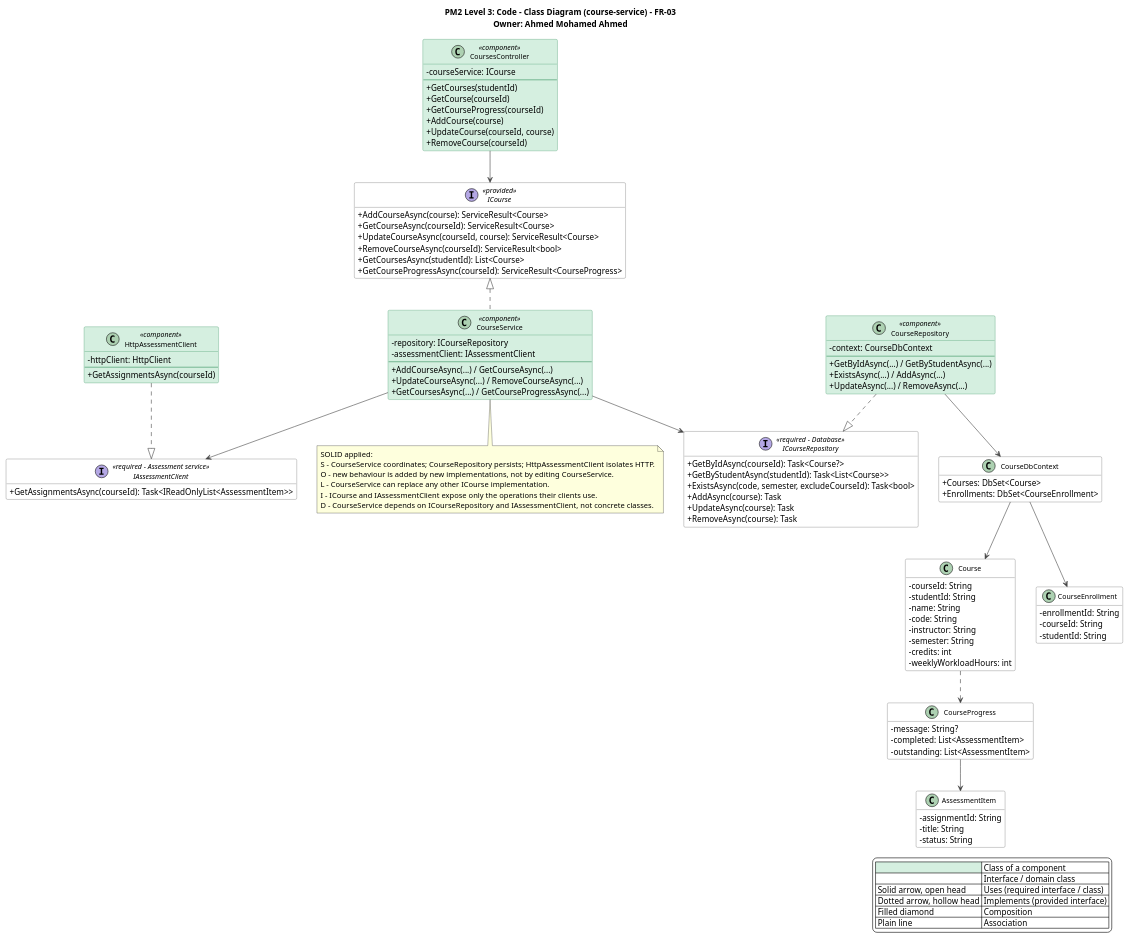
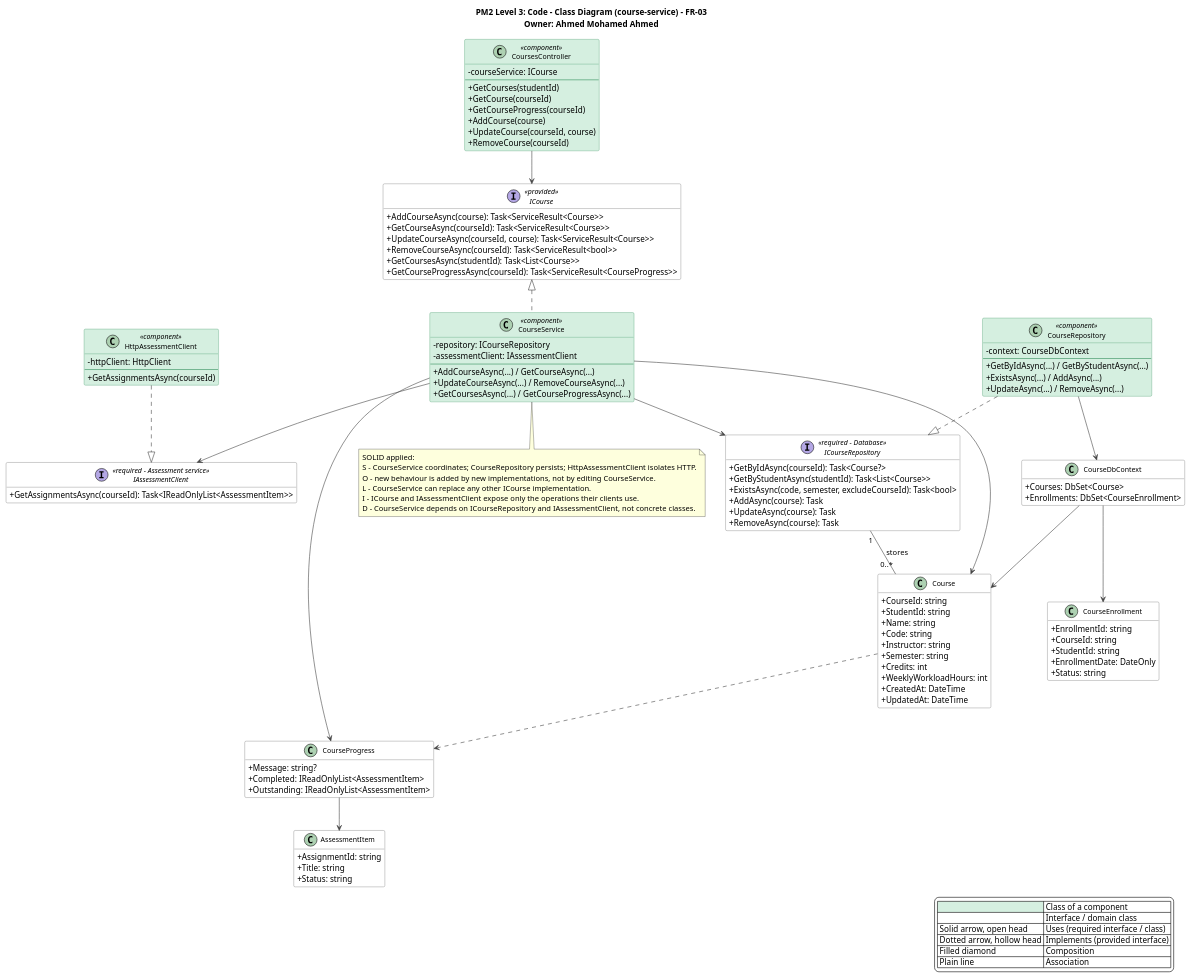
Before and after one commit to AIU-SoftWave/Aspirra: the diagram in docs/PM2/Part A — Design/Class Diagram/03-course-service.puml, drawn with PlantUML. The commit also changed 16 other files, not shown here.

Commit message:
Update PM2-01 class diagrams, message-link table, and report embeds (SCRUM-175, #54)

```diff
--- a/docs/PM2/Part A — Design/Class Diagram/03-course-service.puml
+++ b/docs/PM2/Part A — Design/Class Diagram/03-course-service.puml
@@ -1,139 +1,146 @@
 @startuml 03-course-service
 title PM2 Level 3: Code - Class Diagram (course-service) - FR-03\nOwner: Ahmed Mohamed Ahmed
 top to bottom direction
 skinparam shadowing false
 skinparam defaultFontName Segoe UI
 skinparam backgroundColor #FFFFFF
 skinparam classAttributeIconSize 0
 skinparam classFontSize 12
 skinparam nodesep 35
 skinparam ranksep 55
 skinparam ArrowColor #444444
 skinparam class {
   BackgroundColor #FFFFFF
   BorderColor #555555
   BackgroundColor<<component>> #D5EFE0
   BorderColor<<component>> #2E8B57
 }
 skinparam interface {
   BackgroundColor #FFFFFF
   BorderColor #555555
 }
 hide empty members
 
 legend right
   |<#D5EFE0>   | Class of a component |
   |<#FFFFFF>   | Interface / domain class |
   | Solid arrow, open head | Uses (required interface / class) |
   | Dotted arrow, hollow head | Implements (provided interface) |
   | Filled diamond | Composition |
   | Plain line | Association |
 endlegend
 
 interface ICourse <<provided>> {
-  +AddCourseAsync(course): ServiceResult<Course>
-  +GetCourseAsync(courseId): ServiceResult<Course>
-  +UpdateCourseAsync(courseId, course): ServiceResult<Course>
-  +RemoveCourseAsync(courseId): ServiceResult<bool>
-  +GetCoursesAsync(studentId): List<Course>
-  +GetCourseProgressAsync(courseId): ServiceResult<CourseProgress>
+  +AddCourseAsync(course): Task<ServiceResult<Course>>
+  +GetCourseAsync(courseId): Task<ServiceResult<Course>>
+  +UpdateCourseAsync(courseId, course): Task<ServiceResult<Course>>
+  +RemoveCourseAsync(courseId): Task<ServiceResult<bool>>
+  +GetCoursesAsync(studentId): Task<List<Course>>
+  +GetCourseProgressAsync(courseId): Task<ServiceResult<CourseProgress>>
 }
 
 class CoursesController <<component>> {
   -courseService: ICourse
   --
   +GetCourses(studentId)
   +GetCourse(courseId)
   +GetCourseProgress(courseId)
   +AddCourse(course)
   +UpdateCourse(courseId, course)
   +RemoveCourse(courseId)
 }
 
 class CourseService <<component>> {
   -repository: ICourseRepository
   -assessmentClient: IAssessmentClient
   --
   +AddCourseAsync(...) / GetCourseAsync(...)
   +UpdateCourseAsync(...) / RemoveCourseAsync(...)
   +GetCoursesAsync(...) / GetCourseProgressAsync(...)
 }
 
 interface IAssessmentClient <<required - Assessment service>> {
   +GetAssignmentsAsync(courseId): Task<IReadOnlyList<AssessmentItem>>
 }
 
 class HttpAssessmentClient <<component>> {
   -httpClient: HttpClient
   --
   +GetAssignmentsAsync(courseId)
 }
 
 interface ICourseRepository <<required - Database>> {
   +GetByIdAsync(courseId): Task<Course?>
   +GetByStudentAsync(studentId): Task<List<Course>>
   +ExistsAsync(code, semester, excludeCourseId): Task<bool>
   +AddAsync(course): Task
   +UpdateAsync(course): Task
   +RemoveAsync(course): Task
 }
 
 class CourseRepository <<component>> {
   -context: CourseDbContext
   --
   +GetByIdAsync(...) / GetByStudentAsync(...)
   +ExistsAsync(...) / AddAsync(...)
   +UpdateAsync(...) / RemoveAsync(...)
 }
 
 class CourseDbContext {
   +Courses: DbSet<Course>
   +Enrollments: DbSet<CourseEnrollment>
 }
 
 class Course {
-  -courseId: String
-  -studentId: String
-  -name: String
-  -code: String
-  -instructor: String
-  -semester: String
-  -credits: int
-  -weeklyWorkloadHours: int
+  +CourseId: string
+  +StudentId: string
+  +Name: string
+  +Code: string
+  +Instructor: string
+  +Semester: string
+  +Credits: int
+  +WeeklyWorkloadHours: int
+  +CreatedAt: DateTime
+  +UpdatedAt: DateTime
 }
 class CourseEnrollment {
-  -enrollmentId: String
-  -courseId: String
-  -studentId: String
+  +EnrollmentId: string
+  +CourseId: string
+  +StudentId: string
+  +EnrollmentDate: DateOnly
+  +Status: string
 }
 class CourseProgress {
-  -message: String?
-  -completed: List<AssessmentItem>
-  -outstanding: List<AssessmentItem>
+  +Message: string?
+  +Completed: IReadOnlyList<AssessmentItem>
+  +Outstanding: IReadOnlyList<AssessmentItem>
 }
 class AssessmentItem {
-  -assignmentId: String
-  -title: String
-  -status: String
+  +AssignmentId: string
+  +Title: string
+  +Status: string
 }
 
 CoursesController --> ICourse
 ICourse <|.. CourseService
 CourseService --> ICourseRepository
 CourseService --> IAssessmentClient
+CourseService --> Course
+CourseService --> CourseProgress
+ICourseRepository "1" -- "0..*" Course : stores
 HttpAssessmentClient ..|> IAssessmentClient
 CourseRepository ..|> ICourseRepository
 CourseRepository --> CourseDbContext
 CourseDbContext --> Course
 CourseDbContext --> CourseEnrollment
 Course ..> CourseProgress
 CourseProgress --> AssessmentItem
 note bottom of CourseService
 SOLID applied:
 S - CourseService coordinates; CourseRepository persists; HttpAssessmentClient isolates HTTP.
 O - new behaviour is added by new implementations, not by editing CourseService.
 L - CourseService can replace any other ICourse implementation.
 I - ICourse and IAssessmentClient expose only the operations their clients use.
 D - CourseService depends on ICourseRepository and IAssessmentClient, not concrete classes.
 end note
 @enduml
```
